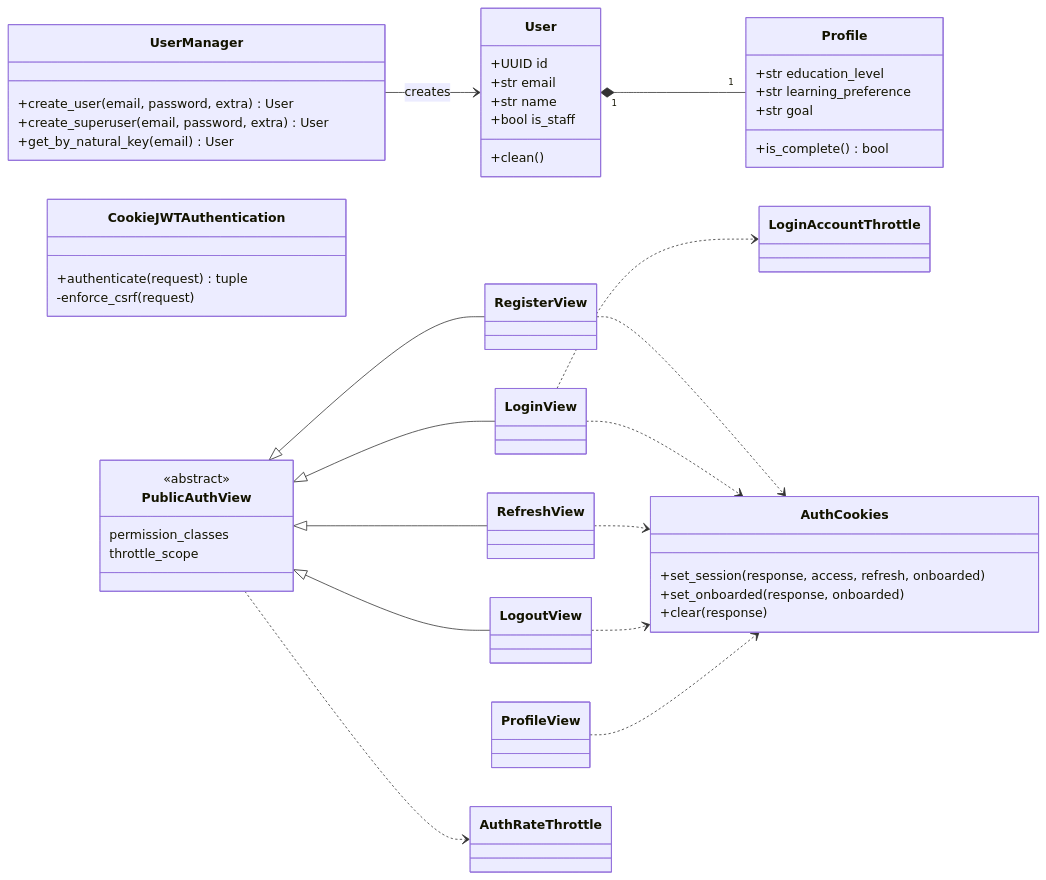
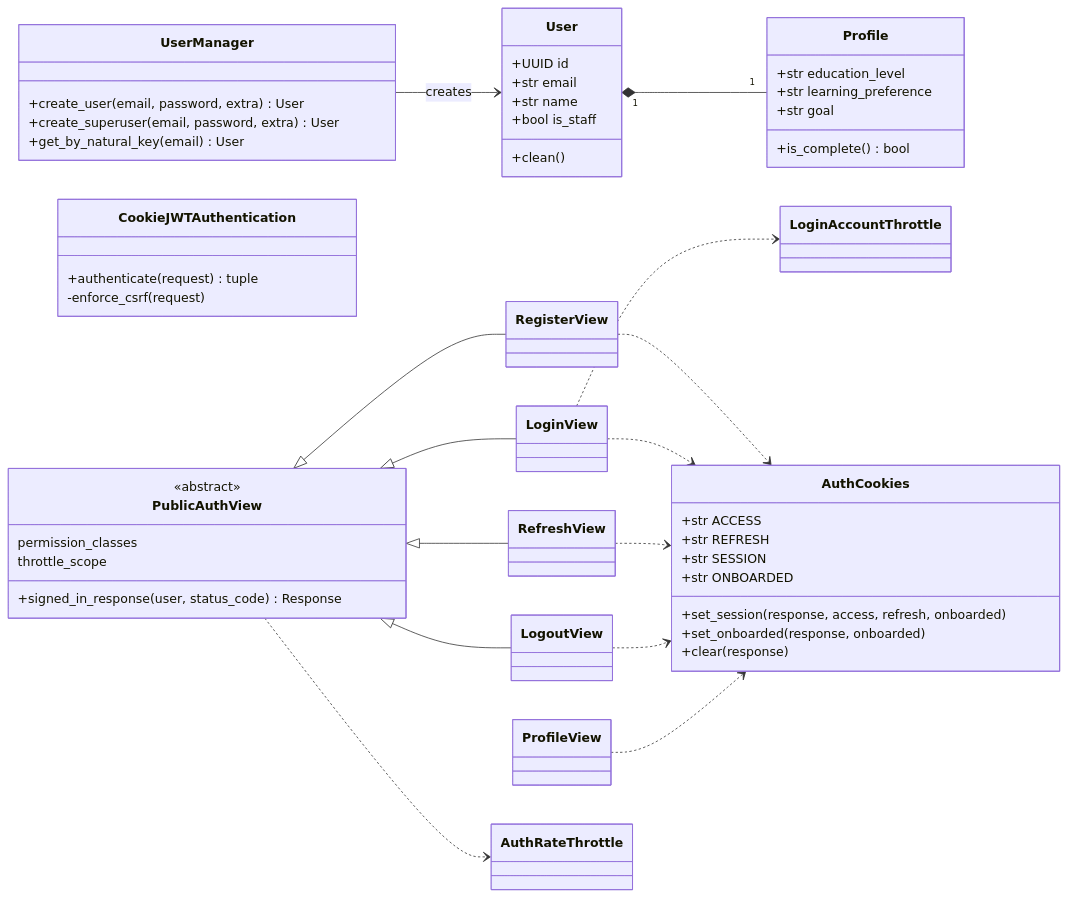
Before and after one commit to Satyamkumarjha4/Intelilearn: the second of 14 diagrams in docs/design.md, drawn with Mermaid. The commit also changed other lines of this file and 5 other files, not shown here.

First line of the commit message:
refactor(accounts): AuthCookies, and signed_in_response on the auth view base

````diff
--- a/docs/design.md
+++ b/docs/design.md
@@ -153,57 +153,62 @@
 ```mermaid
 classDiagram
     direction LR
     class User {
         +UUID id
         +str email
         +str name
         +bool is_staff
         +clean()
     }
     class UserManager {
         +create_user(email, password, extra) User
         +create_superuser(email, password, extra) User
         +get_by_natural_key(email) User
     }
     class Profile {
         +str education_level
         +str learning_preference
         +str goal
         +is_complete() bool
     }
     class CookieJWTAuthentication {
         +authenticate(request) tuple
         -enforce_csrf(request)
     }
     class AuthCookies {
+        +str ACCESS
+        +str REFRESH
+        +str SESSION
+        +str ONBOARDED
         +set_session(response, access, refresh, onboarded)
         +set_onboarded(response, onboarded)
         +clear(response)
     }
     class PublicAuthView {
         <<abstract>>
         permission_classes
         throttle_scope
+        +signed_in_response(user, status_code) Response
     }
     class RegisterView
     class LoginView
     class RefreshView
     class LogoutView
     class ProfileView
     class AuthRateThrottle
     class LoginAccountThrottle
 
     UserManager --> User : creates
     User "1" *-- "1" Profile
     PublicAuthView <|-- RegisterView
     PublicAuthView <|-- LoginView
     PublicAuthView <|-- RefreshView
     PublicAuthView <|-- LogoutView
     RegisterView ..> AuthCookies
     LoginView ..> AuthCookies
     RefreshView ..> AuthCookies
     LogoutView ..> AuthCookies
     ProfileView ..> AuthCookies
     LoginView ..> LoginAccountThrottle
     PublicAuthView ..> AuthRateThrottle
 ```
````
